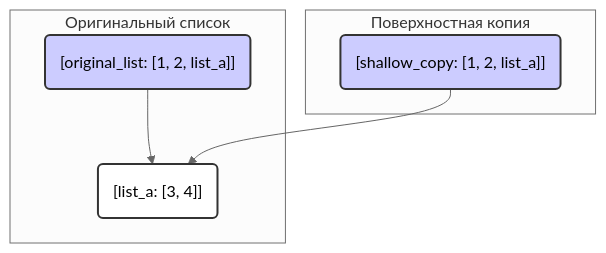
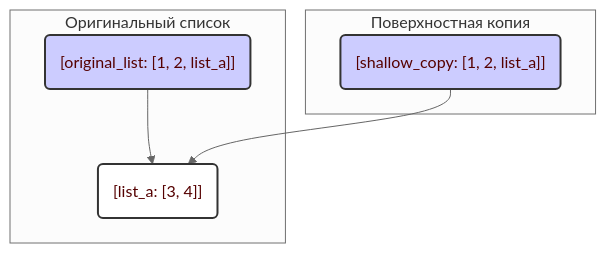
The first of 2 diagrams in src/endpoints/ai_games/101_basic_computer_games/ru/cheаt_sheets/copy.md (hypo69/hypo), drawn with Mermaid (neutral theme) before and after one commit. The commit also changed other lines of this file and 178 other files, not shown here.

````diff
--- a/src/endpoints/ai_games/101_basic_computer_games/ru/cheаt_sheets/copy.md
+++ b/src/endpoints/ai_games/101_basic_computer_games/ru/cheаt_sheets/copy.md
@@ -74,16 +74,16 @@
 ```mermaid
 graph TD
     subgraph Оригинальный список
         originalList("[original_list: [1, 2, list_a]]")
         list_a("[list_a: [3, 4]]")
         originalList --> list_a
     end
     subgraph Поверхностная копия
         shallowCopy("[shallow_copy: [1, 2, list_a]]")
         shallowCopy --> list_a
     end
     
-    style originalList fill:#ccf,stroke:#333,stroke-width:2px
-    style shallowCopy fill:#ccf,stroke:#333,stroke-width:2px
-    style list_a fill:#fff,stroke:#333,stroke-width:2px
+    style originalList fill:#ccf,stroke:#333,stroke-width:2px,color:#550000
+    style shallowCopy fill:#ccf,stroke:#333,stroke-width:2px,color:#550000
+    style list_a fill:#fff,stroke:#333,stroke-width:2px,color:#550000
 ```
````
